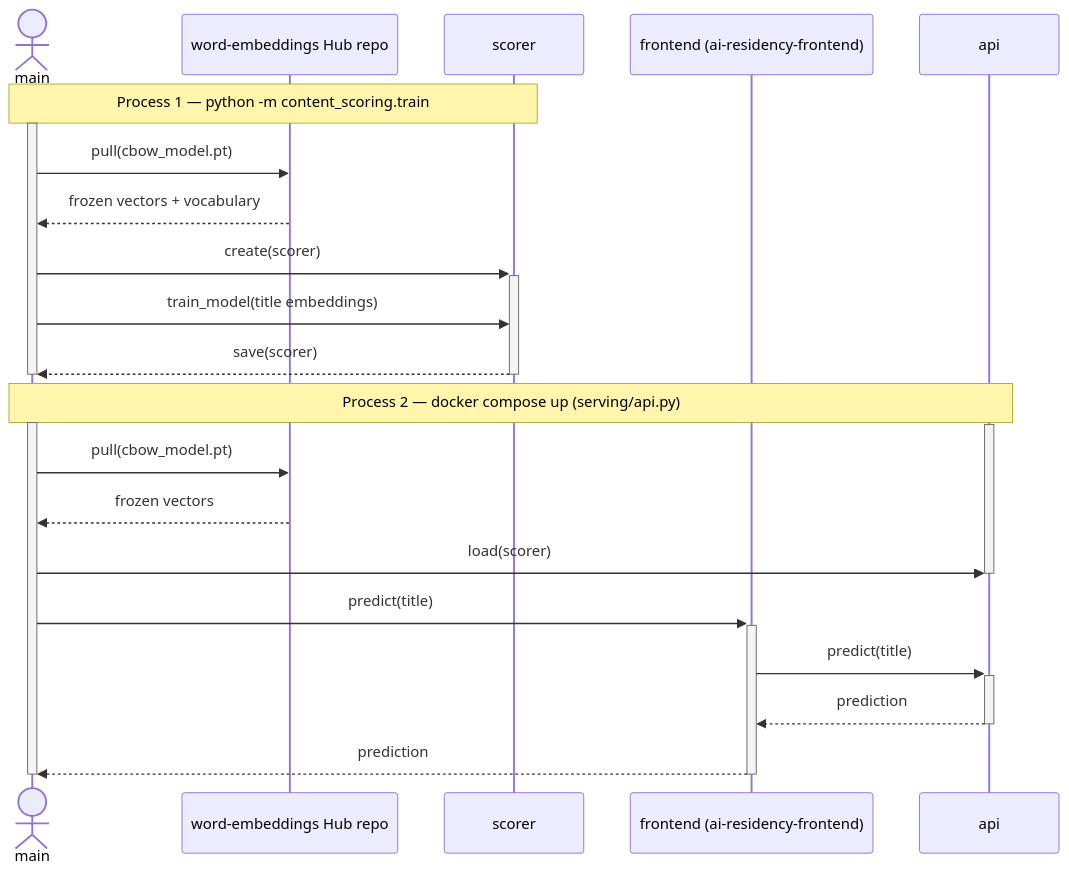
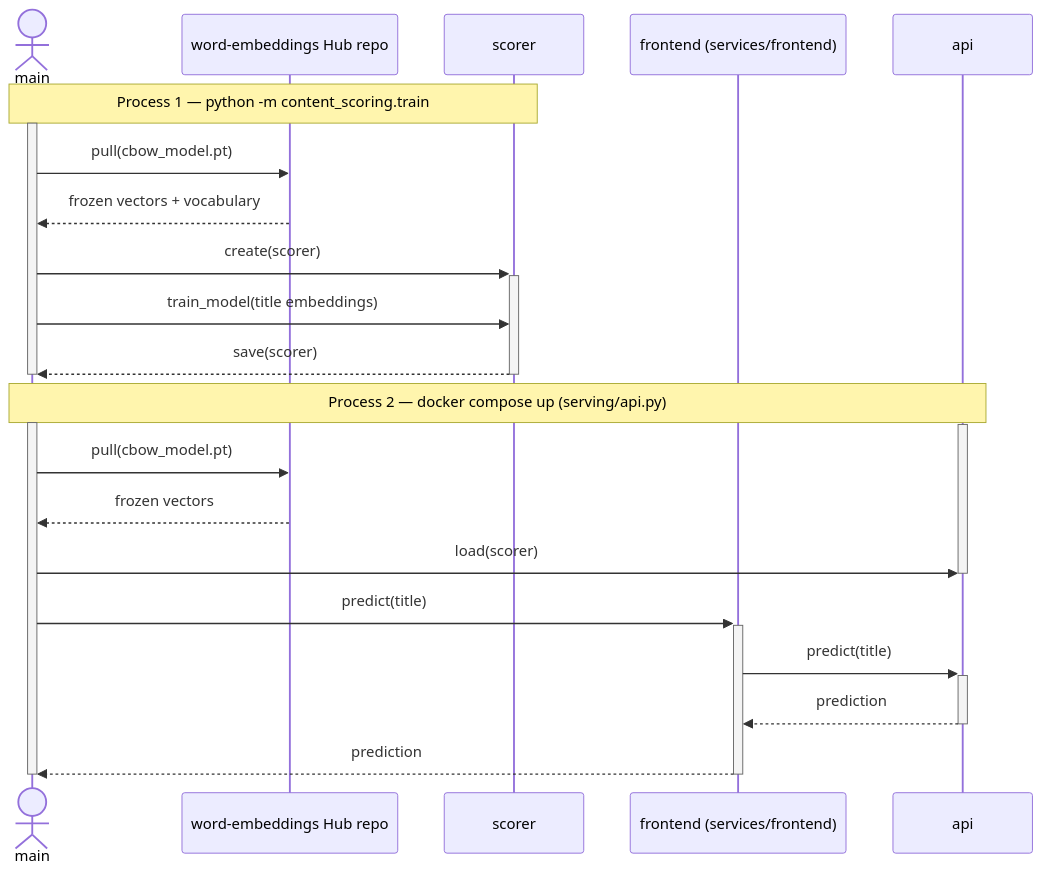
Before and after one commit to RoshBeed/ai-residency: the second of 2 diagrams in services/content-scoring/README.md, drawn with Mermaid. The commit also changed other lines of this file and 42 other files, not shown here.

````diff
--- a/services/content-scoring/README.md
+++ b/services/content-scoring/README.md
@@ -101,30 +101,30 @@
 ```mermaid
 sequenceDiagram
     actor main
     participant hub as word-embeddings Hub repo
     participant pred as scorer
-    participant ui as frontend (ai-residency-frontend)
+    participant ui as frontend (services/frontend)
     participant api
 
     Note over main,pred: Process 1 — python -m content_scoring.train
     activate main
     main->>hub: pull(cbow_model.pt)
     hub-->>main: frozen vectors + vocabulary
     main->>+pred: create(scorer)
     main->>pred: train_model(title embeddings)
     pred-->>-main: save(scorer)
     deactivate main
 
     Note over main,api: Process 2 — docker compose up (serving/api.py)
     activate main
     activate api
     main->>hub: pull(cbow_model.pt)
     hub-->>main: frozen vectors
     main->>api: load(scorer)
     deactivate api
     main->>+ui: predict(title)
     ui->>+api: predict(title)
     api-->>-ui: prediction
     ui-->>-main: prediction
     deactivate main
 ```
````
